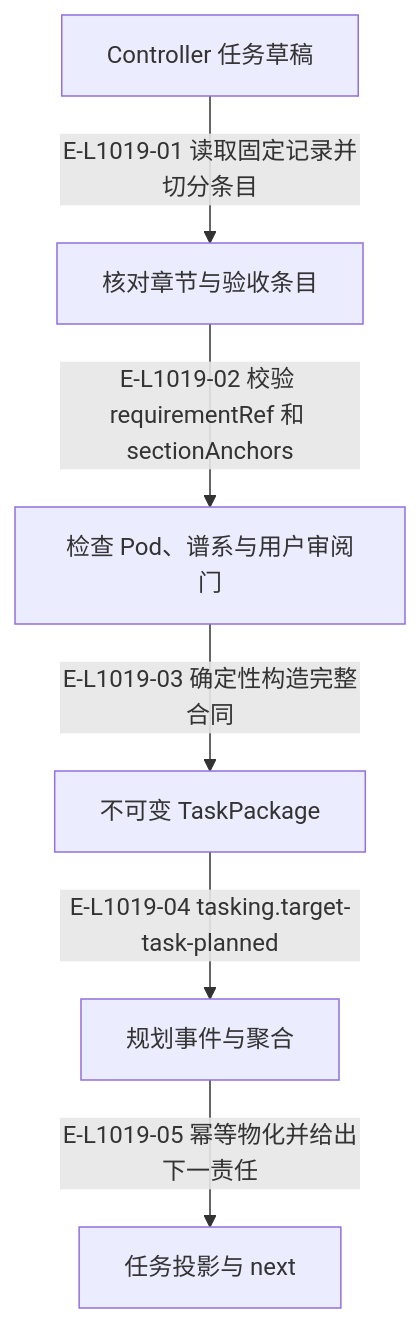
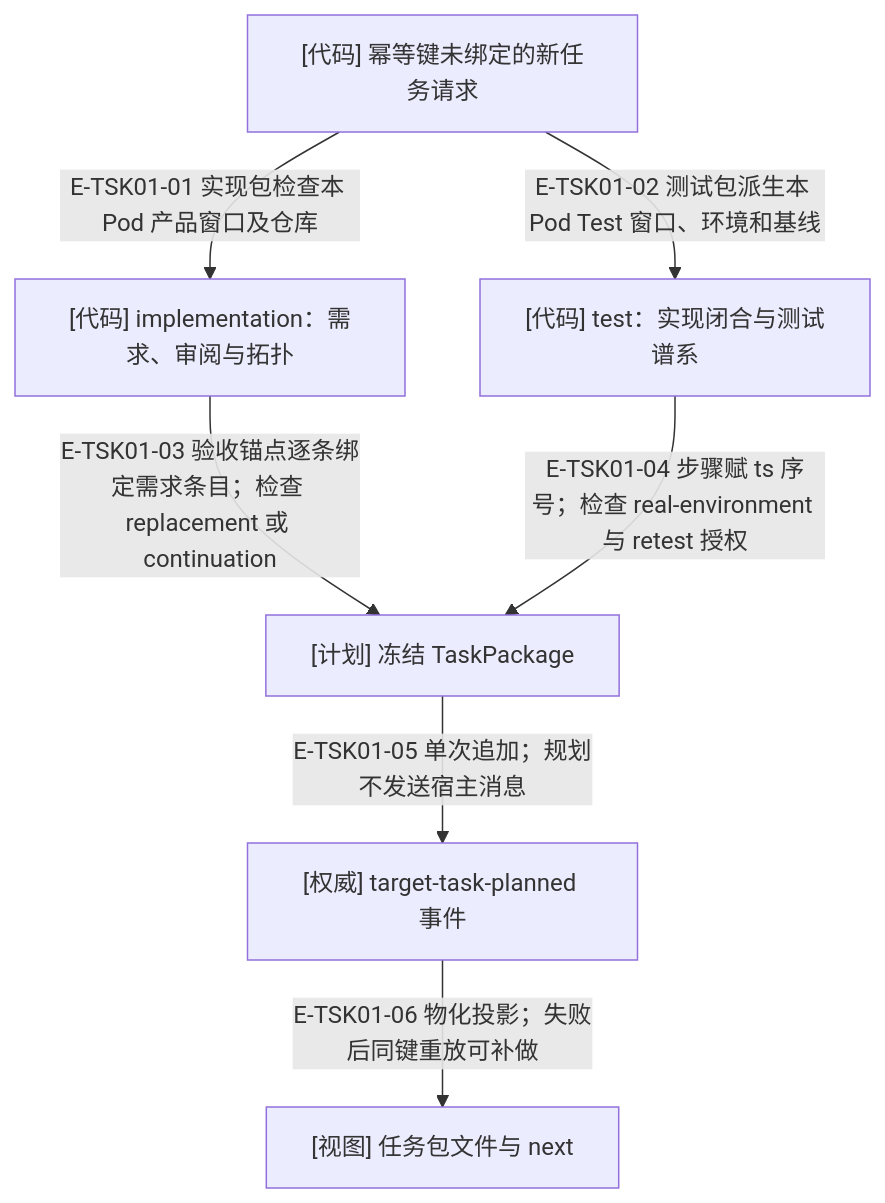
Before and after one commit to GxFn/Wakeflow: the diagram in wakeflow-architecture-atlas/maps/05-tasking-slice/README.md, drawn with Mermaid. The commit also changed other lines of this file and 76 other files, not shown here.

First line of the commit message:
docs(atlas): refresh architecture maps for the rc.5 codebase

````diff
--- a/wakeflow-architecture-atlas/maps/05-tasking-slice/README.md
+++ b/wakeflow-architecture-atlas/maps/05-tasking-slice/README.md
@@ -133,16 +23,17 @@
 ```mermaid
 flowchart TB
-  accTitle: 一次追加生成任务合同
-  accDescr: 一次追加生成任务合同；箭头区分当前代码步骤、返回事实与明确的条件。
-  request["Controller 任务草稿"]
-  anchors["核对章节与验收条目"]
-  lineage["检查 Pod、谱系与用户审阅门"]
-  package["不可变 TaskPackage"]
-  event["规划事件与聚合"]
-  view["任务投影与 next"]
-  request -->|"E-L1019-01 读取固定记录并切分条目"| anchors
-  anchors -->|"E-L1019-02 校验 requirementRef 和 sectionAnchors"| lineage
-  lineage -->|"E-L1019-03 确定性构造完整合同"| package
-  package -->|"E-L1019-04 tasking.target-task-planned"| event
-  event -->|"E-L1019-05 幂等物化并给出下一责任"| view
+  accTitle: 实现任务和测试任务分别冻结什么
+  accDescr: 实现任务和测试任务分别冻结什么；每条关系由当前实现的调用或条件支持，错误停止与恢复保持显式。
+  A["[代码] 幂等键未绑定的新任务请求"]
+  B["[代码] implementation：需求、审阅与拓扑"]
+  C["[代码] test：实现闭合与测试谱系"]
+  D["[计划] 冻结 TaskPackage"]
+  F["[权威] target-task-planned 事件"]
+  H["[视图] 任务包文件与 next"]
+  A -->|"E-TSK01-01 实现包检查本 Pod 产品窗口及仓库"| B
+  A -->|"E-TSK01-02 测试包派生本 Pod Test 窗口、环境和基线"| C
+  B -->|"E-TSK01-03 验收锚点逐条绑定需求条目；检查 replacement 或 continuation"| D
+  C -->|"E-TSK01-04 步骤赋 ts 序号；检查 real-environment 与 retest 授权"| D
+  D -->|"E-TSK01-05 单次追加；规划不发送宿主消息"| F
+  F -->|"E-TSK01-06 物化投影；失败后同键重放可补做"| H
 ```
````
